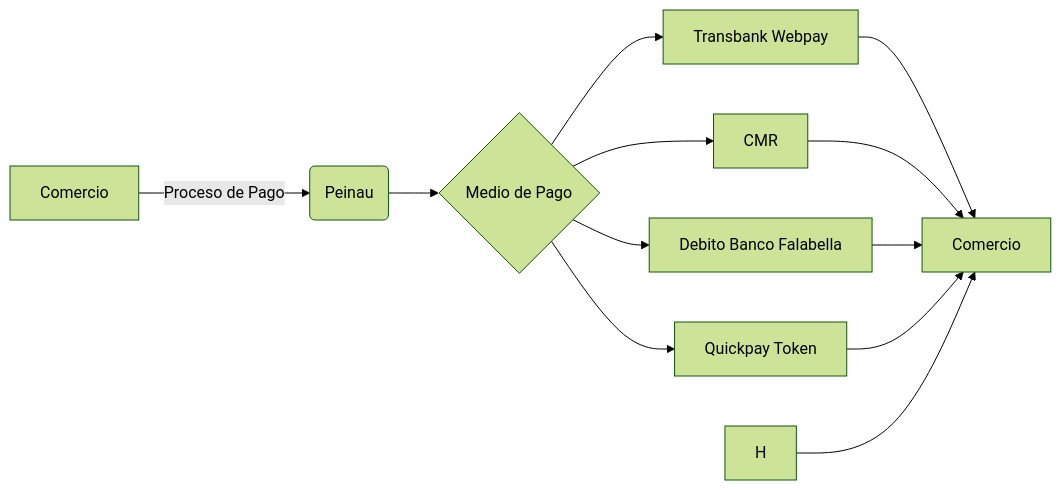
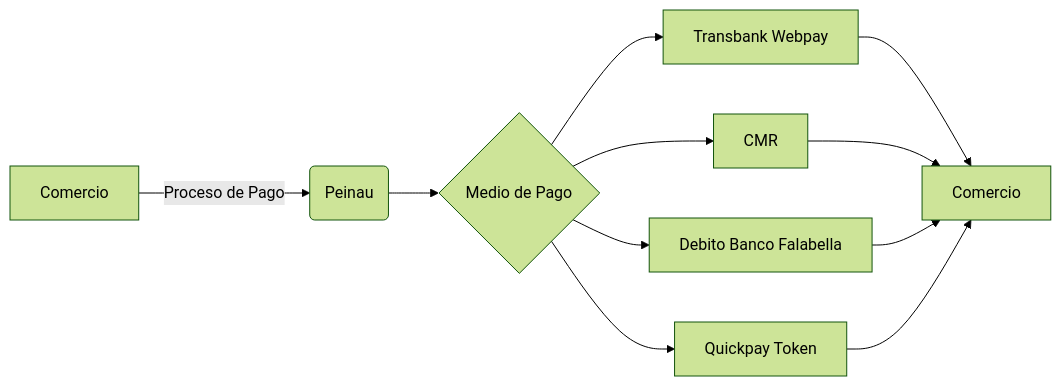
The diagram in site/content/introduction/_index.md (Peinau/hugo-dev-portal), drawn with Mermaid (forest theme) before and after one commit.

```diff
--- a/site/content/introduction/_index.md
+++ b/site/content/introduction/_index.md
@@ -13,14 +13,13 @@
 {{<mermaid align="left">}}
 graph LR;
     A[Comercio] -->|Proceso de Pago| B(Peinau)
     B --> C{Medio de Pago}
     C --> D[Transbank Webpay]
     C --> E[CMR]
     C --> F[Debito Banco Falabella]
     C --> G[Quickpay Token]
     D --> I[Comercio]
     E --> I[Comercio]
     F --> I[Comercio]
     G --> I[Comercio]
-    H --> I[Comercio]
 {{< /mermaid >}}
```
